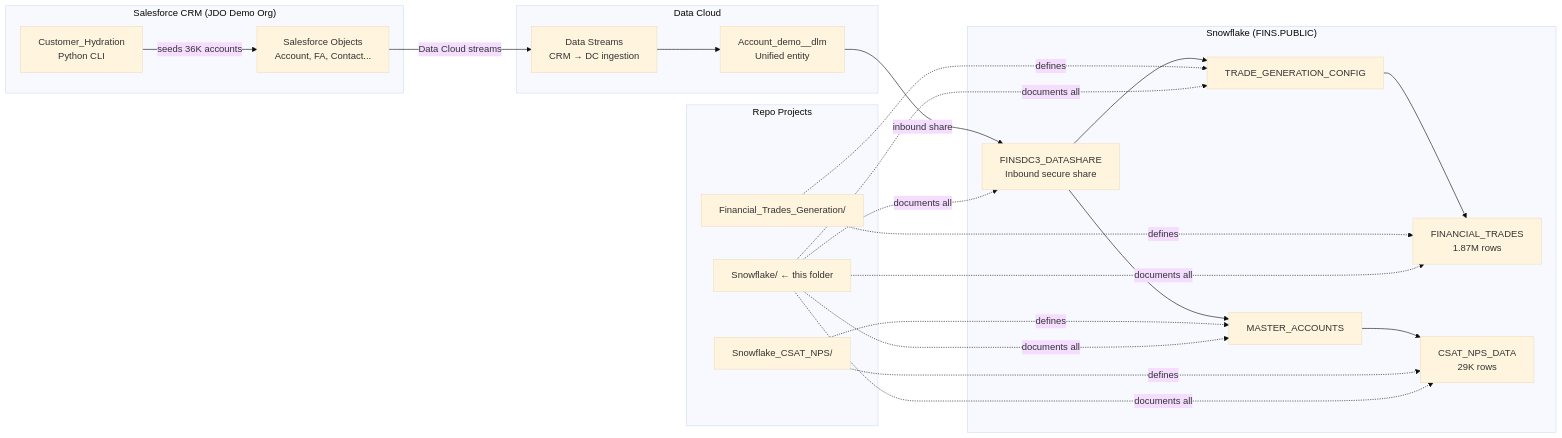
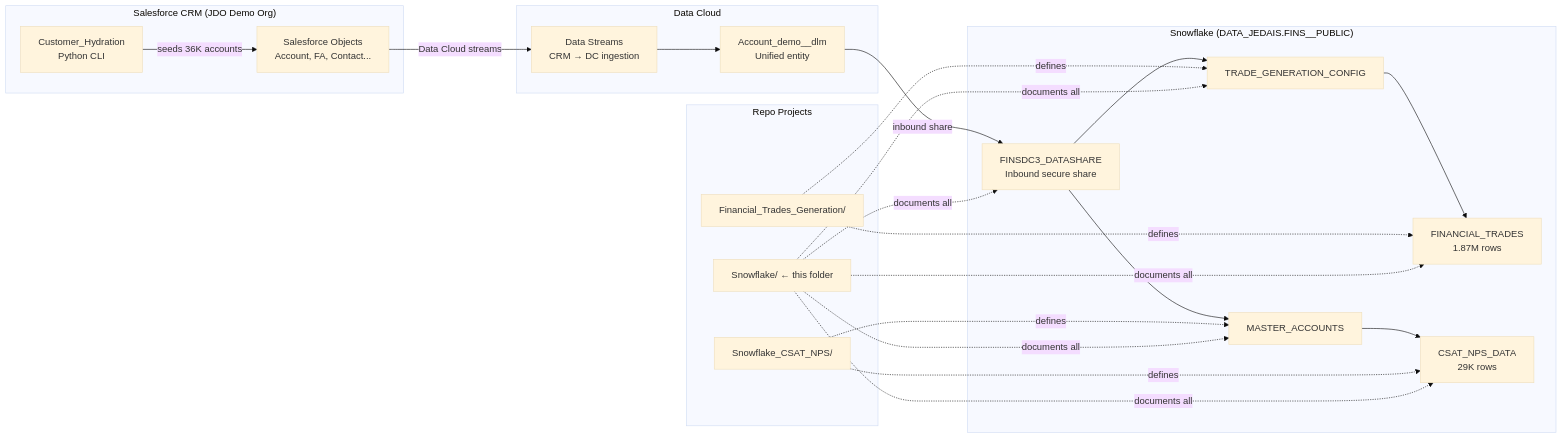
One commit to josers18/JDO changed the first of 6 diagrams in Snowflake/docs/DIAGRAMS.md. Above: the diagram before and after it, drawn with Mermaid (base theme). The commit also changed 167 other files, not shown here.

First line of the commit message:
docs: migrate all Snowflake references from GSB13421 FINS.PUBLIC to SFDC_DC_TECH_ARCH DATA_JEDAIS.FINS__PUBLIC

````diff
--- a/Snowflake/docs/DIAGRAMS.md
+++ b/Snowflake/docs/DIAGRAMS.md
@@ -15,38 +15,38 @@
 ```mermaid
 graph LR
     subgraph "Salesforce CRM (JDO Demo Org)"
         CH[Customer_Hydration<br/>Python CLI]
         SF[Salesforce Objects<br/>Account, FA, Contact...]
     end
 
     subgraph "Data Cloud"
         STREAMS[Data Streams<br/>CRM → DC ingestion]
         DMO[Account_demo__dlm<br/>Unified entity]
     end
 
-    subgraph "Snowflake (FINS.PUBLIC)"
+    subgraph "Snowflake (DATA_JEDAIS.FINS__PUBLIC)"
         DS[FINSDC3_DATASHARE<br/>Inbound secure share]
         MA[MASTER_ACCOUNTS]
         TGC[TRADE_GENERATION_CONFIG]
         FT[FINANCIAL_TRADES<br/>1.87M rows]
         CSAT[CSAT_NPS_DATA<br/>29K rows]
     end
 
     subgraph "Repo Projects"
         FTG[Financial_Trades_Generation/]
         SCSAT[Snowflake_CSAT_NPS/]
         SFDOCS[Snowflake/ ← this folder]
     end
 
     CH -->|"seeds 36K accounts"| SF
     SF -->|"Data Cloud streams"| STREAMS
     STREAMS --> DMO
     DMO -->|"inbound share"| DS
     DS --> MA & TGC
     TGC --> FT
     MA --> CSAT
 
     FTG -.->|"defines"| TGC & FT
     SCSAT -.->|"defines"| MA & CSAT
     SFDOCS -.->|"documents all"| DS & MA & TGC & FT & CSAT
 ```
````
